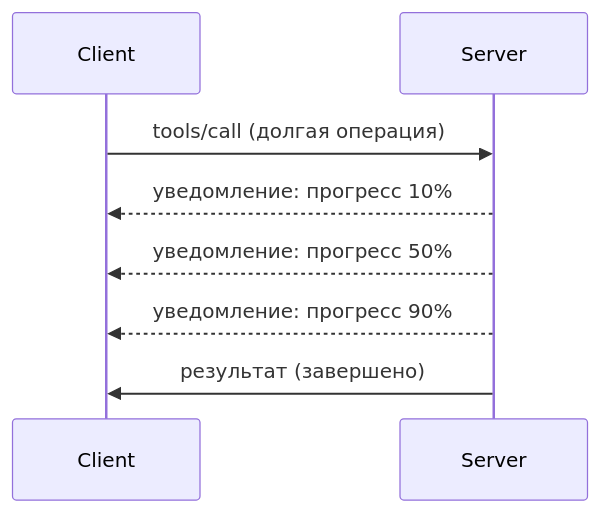
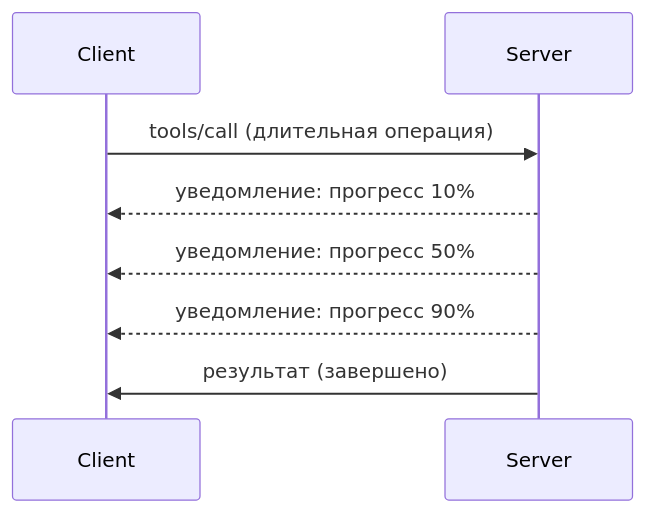
The diagram in mcp_ecosystem__model_context_protocol/mcp_learning_resources/mcp-for-beginners/translations/ru/05-AdvancedTopics/mcp-protocol-features/README.md (HIDORAKAI002/ai-workspace-archive), drawn with Mermaid before and after one commit. The commit also changed other lines of this file and 1046 other files, not shown here.

````diff
--- a/mcp_ecosystem__model_context_protocol/mcp_learning_resources/mcp-for-beginners/translations/ru/05-AdvancedTopics/mcp-protocol-features/README.md
+++ b/mcp_ecosystem__model_context_protocol/mcp_learning_resources/mcp-for-beginners/translations/ru/05-AdvancedTopics/mcp-protocol-features/README.md
@@ -22,11 +24,11 @@
 ```mermaid
 sequenceDiagram
     participant Client
     participant Server
     
-    Client->>Server: tools/call (долгая операция)
+    Client->>Server: tools/call (длительная операция)
     Server-->>Client: уведомление: прогресс 10%
     Server-->>Client: уведомление: прогресс 50%
     Server-->>Client: уведомление: прогресс 90%
     Server->>Client: результат (завершено)
 ```
````
